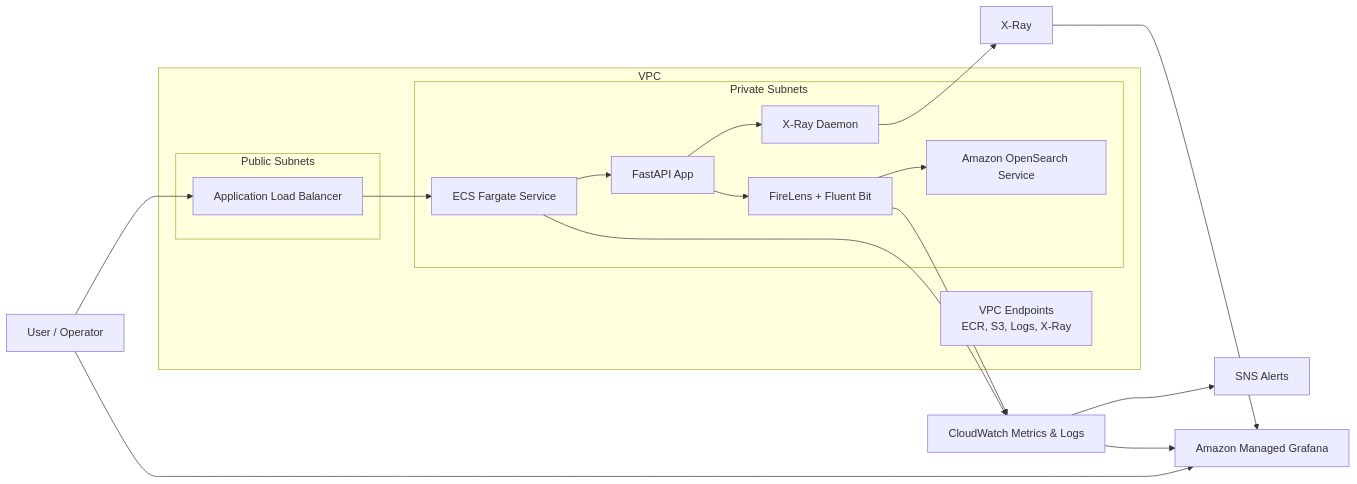
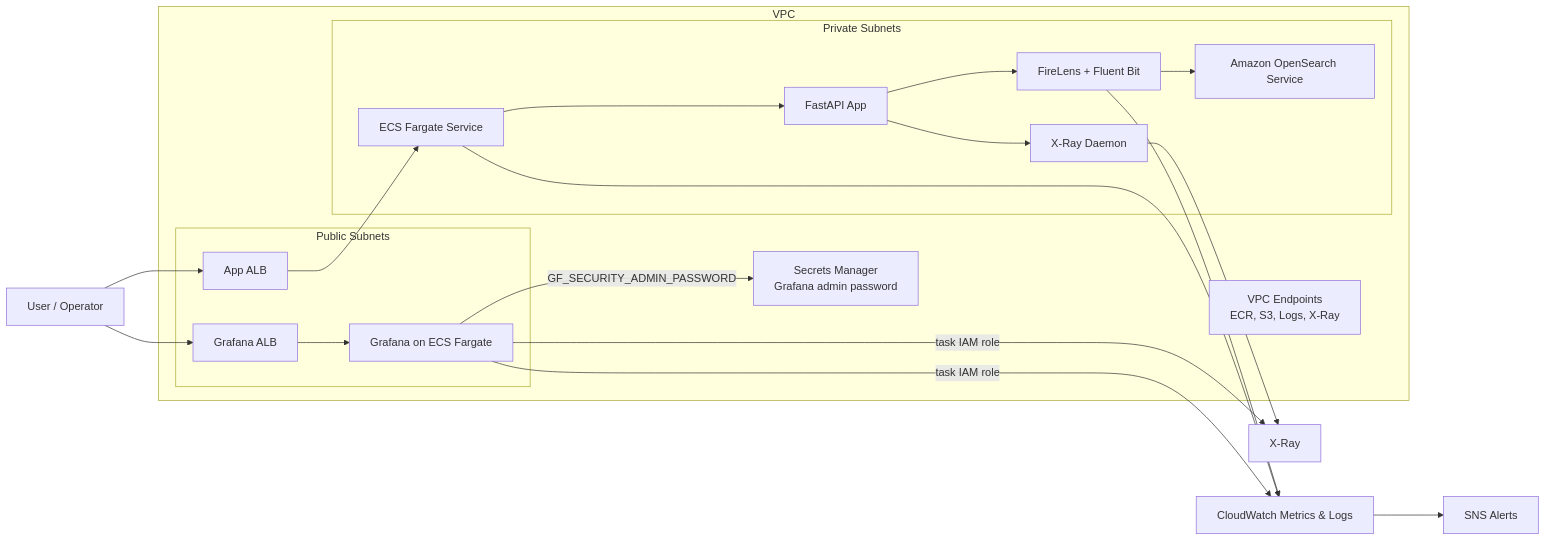
The diagram in README.md (bubakry/observability-platform), drawn with Mermaid before and after one commit. The commit also changed other lines of this file and 26 other files, not shown here.

First line of the commit message:
Replace Amazon Managed Grafana with self-hosted OSS Grafana on ECS Fargate

````diff
--- a/README.md
+++ b/README.md
@@ -68,38 +60,38 @@
 ```mermaid
 flowchart LR
     User[User / Operator]
     SNS[SNS Alerts]
-    Grafana[Amazon Managed Grafana]
     CW[CloudWatch Metrics & Logs]
     XR[X-Ray]
 
     subgraph AWS[VPC]
       subgraph Public[Public Subnets]
-        ALB[Application Load Balancer]
+        AppALB[App ALB]
+        GfALB[Grafana ALB]
+        GfTask[Grafana on ECS Fargate]
       end
 
       subgraph Private[Private Subnets]
         ECS[ECS Fargate Service]
         App[FastAPI App]
         FL[FireLens + Fluent Bit]
         XD[X-Ray Daemon]
         OS[Amazon OpenSearch Service]
       end
 
       VPCE[VPC Endpoints<br/>ECR, S3, Logs, X-Ray]
+      Sec[Secrets Manager<br/>Grafana admin password]
     end
 
-    User --> ALB
-    ALB --> ECS
-    ECS --> App
-    App --> XD
-    XD --> XR
-    App --> FL
-    FL --> OS
+    User --> AppALB --> ECS --> App
+    App --> XD --> XR
+    App --> FL --> OS
     FL --> CW
     ECS --> CW
     CW --> SNS
-    CW --> Grafana
-    XR --> Grafana
-    User --> Grafana
+
+    User --> GfALB --> GfTask
+    GfTask -->|task IAM role| CW
+    GfTask -->|task IAM role| XR
+    GfTask -->|GF_SECURITY_ADMIN_PASSWORD| Sec
 ```
````
